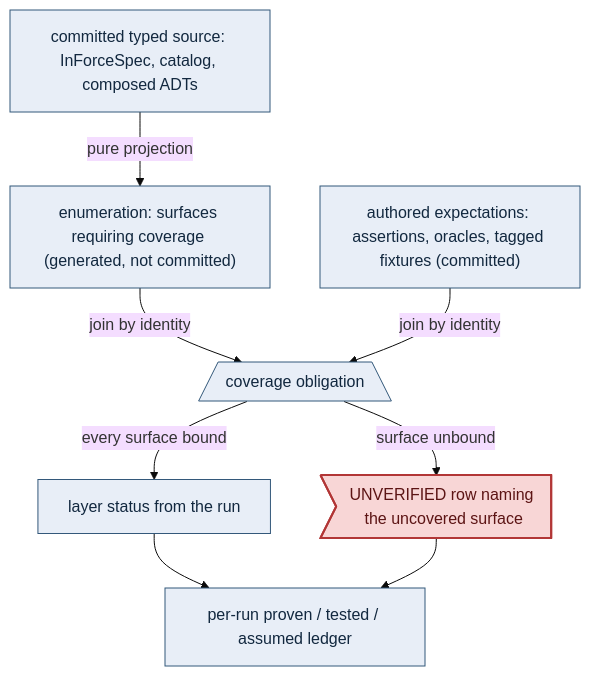
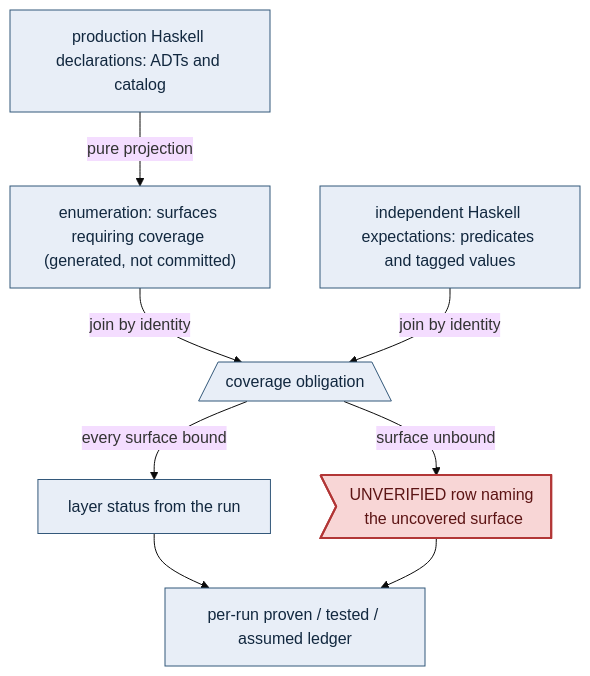
One commit to Tuee22/amoebius changed the fourth of 4 diagrams in documents/engineering/testing_doctrine.md. Above: the diagram before and after it, drawn with Mermaid (base theme). The commit also changed other lines of this file and 219 other files, not shown here.

````diff
--- a/documents/engineering/testing_doctrine.md
+++ b/documents/engineering/testing_doctrine.md
@@ -708,13 +561,13 @@
 ```mermaid
 flowchart TD
 %% register: algebra
-  spec["committed typed source: InForceSpec, catalog, composed ADTs"]:::intent -->|pure projection| enum["enumeration: surfaces requiring coverage (generated, not committed)"]:::intent
+  spec["production Haskell declarations: ADTs and catalog"]:::intent -->|pure projection| enum["enumeration: surfaces requiring coverage (generated, not committed)"]:::intent
   enum -->|join by identity| oblig[/"coverage obligation"\]:::intent
-  auth["authored expectations: assertions, oracles, tagged fixtures (committed)"]:::intent -->|join by identity| oblig
+  auth["independent Haskell expectations: predicates and tagged values"]:::intent -->|join by identity| oblig
   oblig -->|every surface bound| reached["layer status from the run"]:::intent
   oblig -->|surface unbound| unver>"UNVERIFIED row naming the uncovered surface"]:::refuse
   reached --> ledger["per-run proven / tested / assumed ledger"]:::intent
   unver --> ledger
   classDef intent   fill:#e8eef7,stroke:#33587a,color:#12283f,stroke-width:1px
   classDef refuse   fill:#f8d6d6,stroke:#b23636,color:#5c1414,stroke-width:2px
 ```
````
